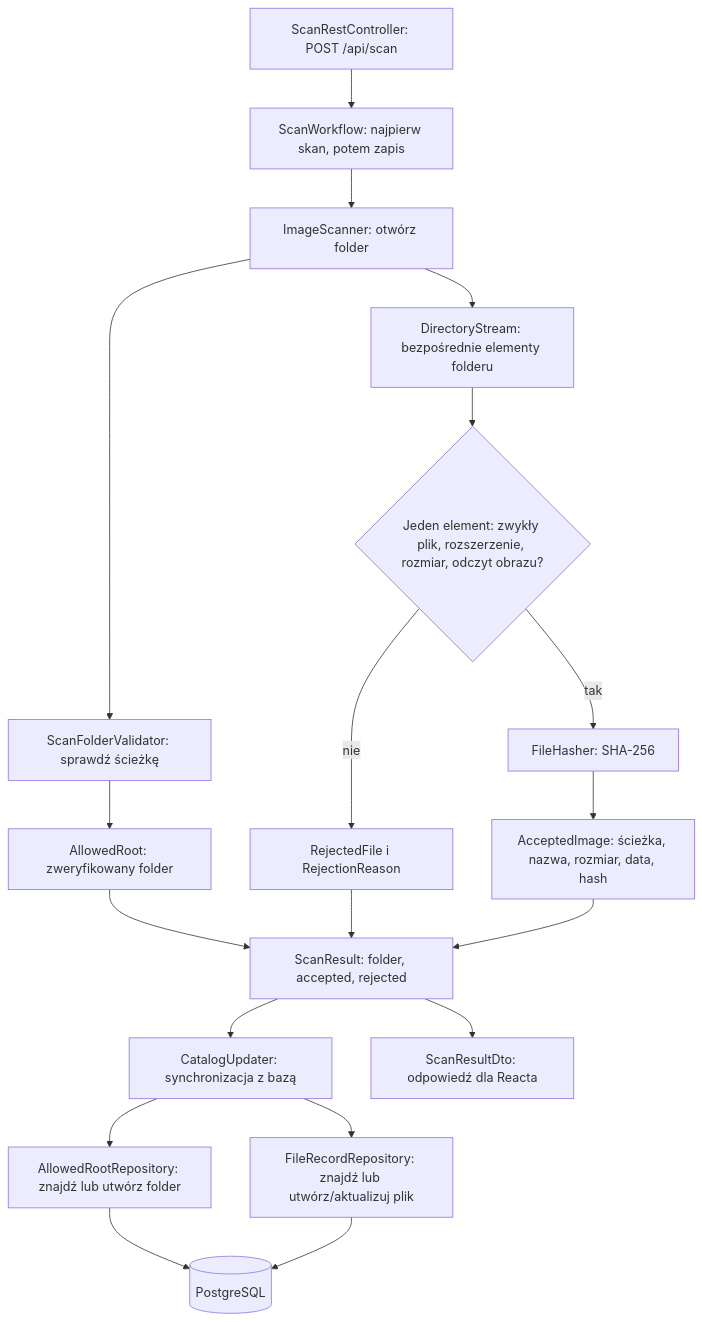
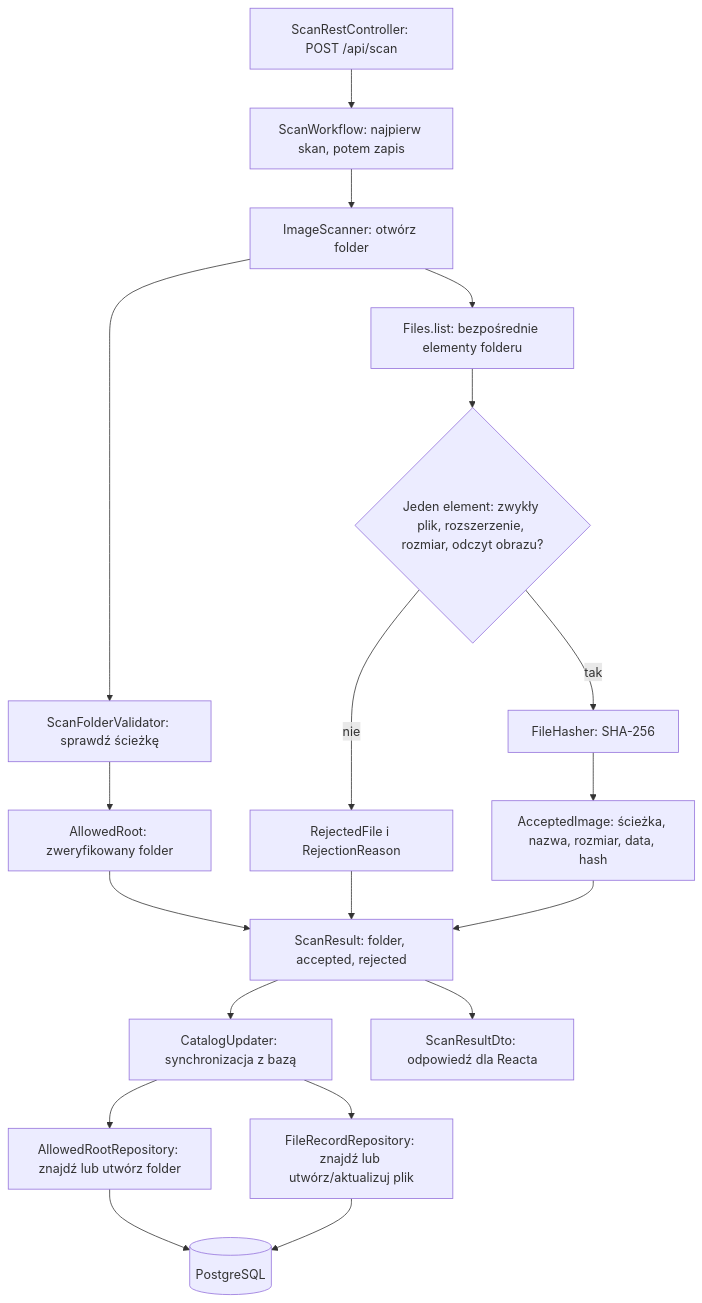
The third of 4 diagrams in docs/diagramy-architektury.md (Pum2A/screensort), drawn with Mermaid before and after one commit. The commit also changed other lines of this file and 2 other files, not shown here.

Commit message:
docs(architecture): map reorganized scanning packages

````diff
--- a/docs/diagramy-architektury.md
+++ b/docs/diagramy-architektury.md
@@ -74,21 +77,21 @@
 ```mermaid
 flowchart TD
     POST[ScanRestController: POST /api/scan] --> WF[ScanWorkflow: najpierw skan, potem zapis]
     WF --> SC[ImageScanner: otwórz folder]
     SC --> V[ScanFolderValidator: sprawdź ścieżkę]
     V --> AR[AllowedRoot: zweryfikowany folder]
-    SC --> D[DirectoryStream: bezpośrednie elementy folderu]
+    SC --> D[Files.list: bezpośrednie elementy folderu]
     D --> C{Jeden element: zwykły plik, rozszerzenie, rozmiar, odczyt obrazu?}
     C -->|nie| RJ[RejectedFile i RejectionReason]
     C -->|tak| H[FileHasher: SHA-256]
     H --> AC[AcceptedImage: ścieżka, nazwa, rozmiar, data, hash]
     AR --> SR[ScanResult: folder, accepted, rejected]
     RJ --> SR
     AC --> SR
     SR --> UP[CatalogUpdater: synchronizacja z bazą]
     UP --> ROOT[AllowedRootRepository: znajdź lub utwórz folder]
     UP --> FILE[FileRecordRepository: znajdź lub utwórz/aktualizuj plik]
     ROOT --> PG[(PostgreSQL)]
     FILE --> PG
     SR --> DTO[ScanResultDto: odpowiedź dla Reacta]
 ```
````
